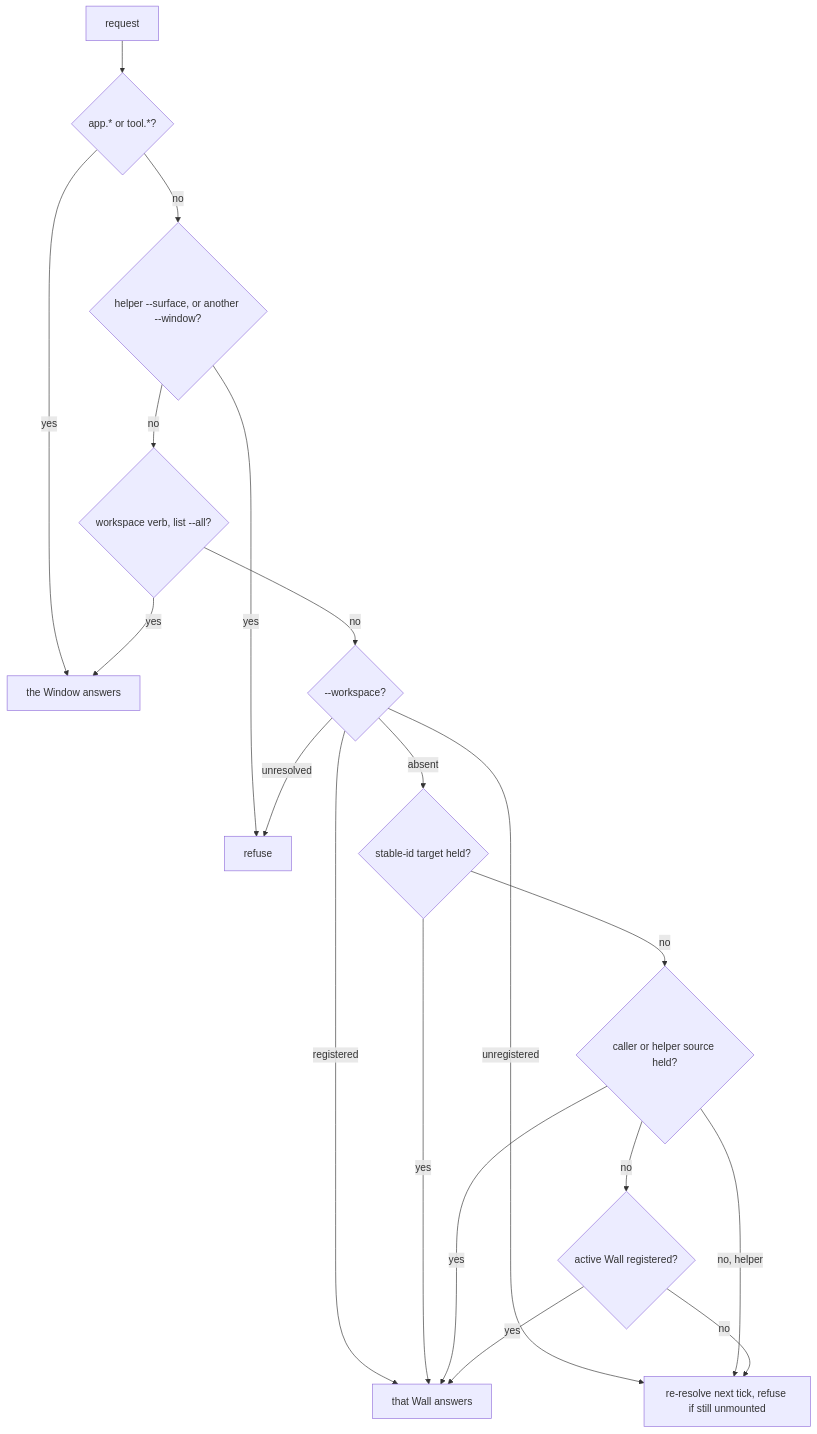
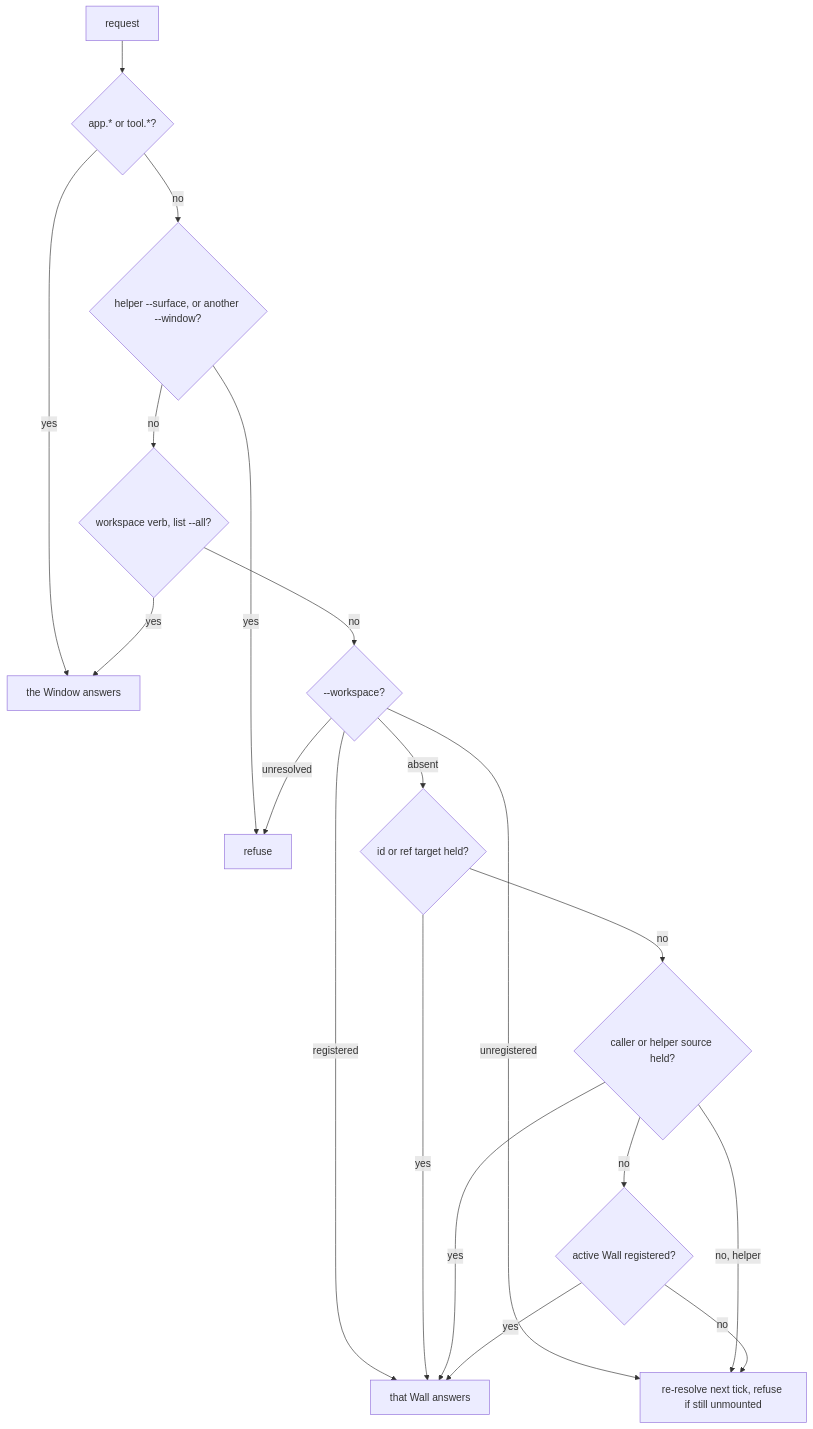
One commit to diffplug/dormouse changed the second of 2 diagrams in docs/specs/dor-cli.md. Above: the diagram before and after it, drawn with Mermaid. The commit also changed other lines of this file and 67 other files, not shown here.

````diff
--- a/docs/specs/dor-cli.md
+++ b/docs/specs/dor-cli.md
@@ -138,21 +138,21 @@
 ```mermaid
 flowchart TD
   R[request] --> AT{app.* or tool.*?}
   AT -- yes --> WIN[the Window answers]
   AT -- no --> BAD{helper --surface, or another --window?}
   BAD -- yes --> REF[refuse]
   BAD -- no --> C{workspace verb, list --all?}
   C -- yes --> WIN
   C -- no --> WS{--workspace?}
   WS -- unresolved --> REF
   WS -- registered --> H[that Wall answers]
   WS -- unregistered --> P["re-resolve next tick, refuse if still unmounted"]
-  WS -- absent --> ST{stable-id target held?}
+  WS -- absent --> ST{id or ref target held?}
   ST -- yes --> H
   ST -- no --> CA{caller or helper source held?}
   CA -- yes --> H
   CA -- no, helper --> P
   CA -- no --> AC{active Wall registered?}
   AC -- yes --> H
   AC -- no --> P
 ```
````
